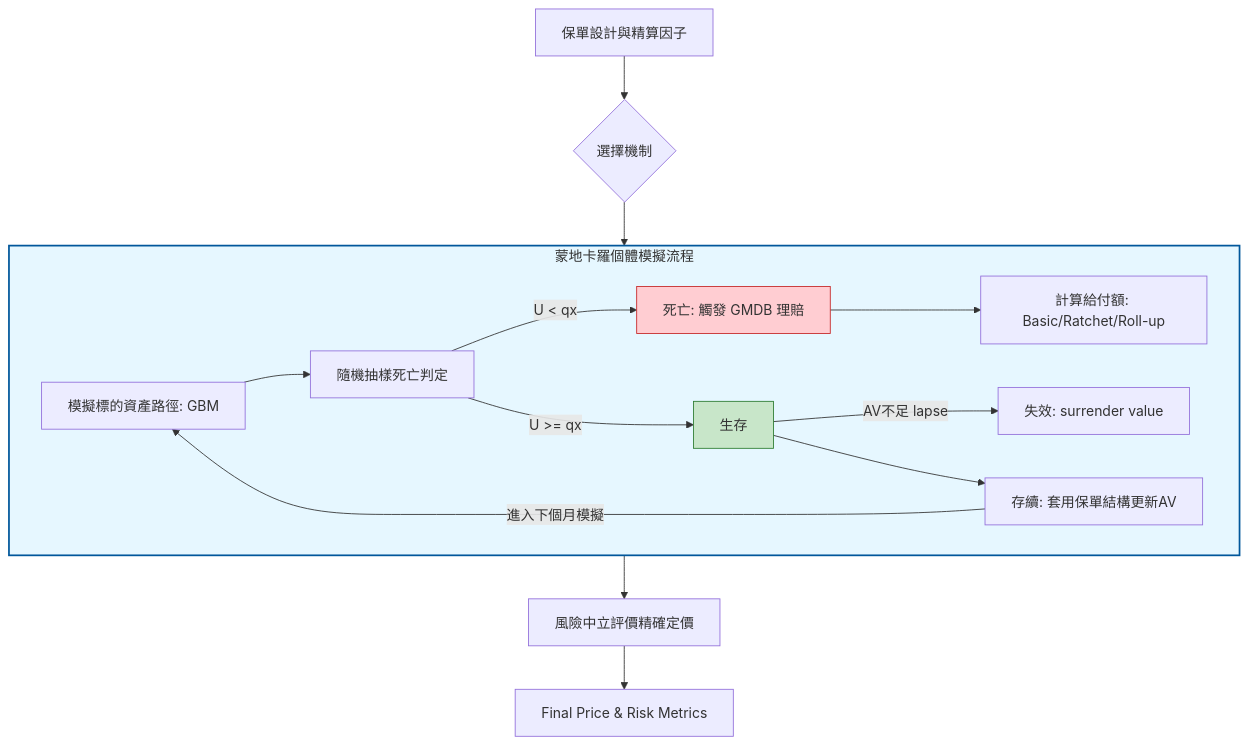
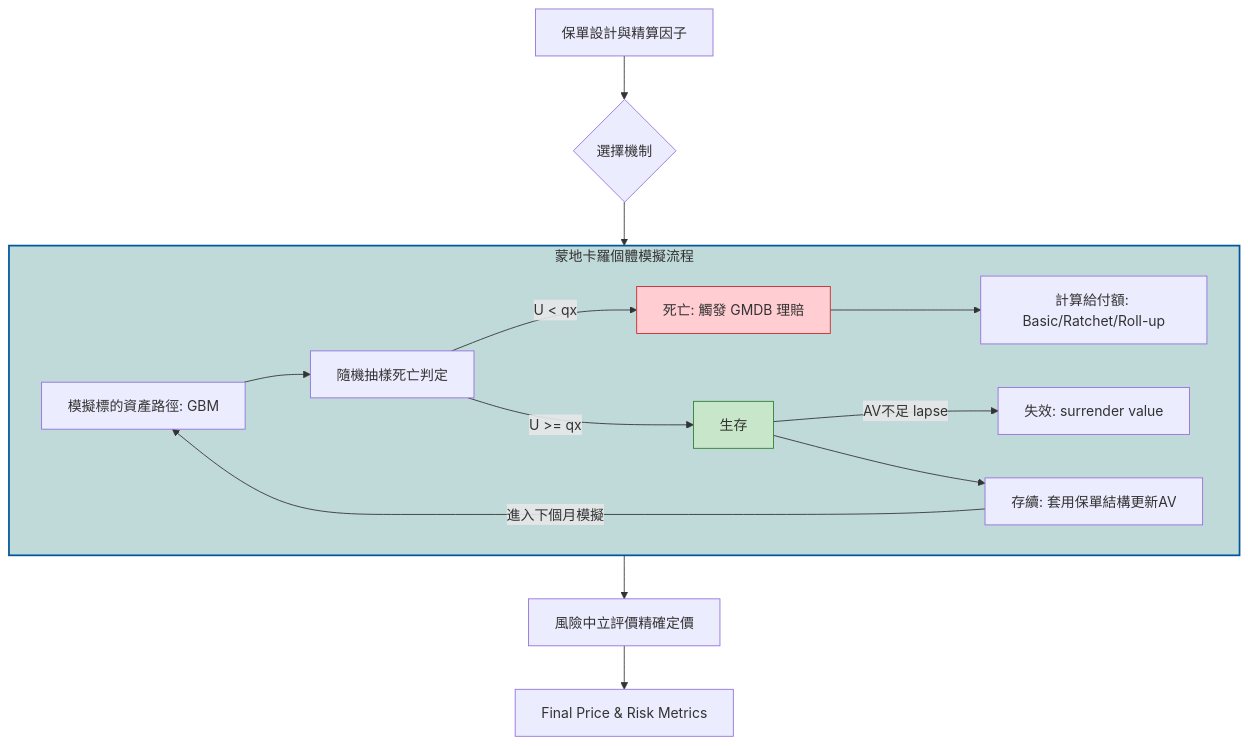
The diagram in README.md (Kai-Yun-Chang/--Simulation-Python), drawn with Mermaid before and after one commit.

````diff
--- a/README.md
+++ b/README.md
@@ -26,25 +26,25 @@
 ```mermaid
 graph TD
     %% 主流程
     Input[保單設計與精算因子] --> Mechanism{選擇機制}
     Mechanism --> Simulation[蒙地卡羅模擬流程]
     Simulation --> Risk-neutral[風險中立評價精確定價]
     Risk-neutral --> Result[Final Price & Risk Metrics]
 
     %% 蒙地卡羅詳細步驟 (子圖)
     subgraph Simulation [蒙地卡羅個體模擬流程]
         S1[模擬標的資產路徑: GBM] --> S2[隨機抽樣死亡判定]
         S2 -->|U < qx| Dead[死亡: 觸發 GMDB 理賠]
         S2 -->|U >= qx| Alive[生存]
         Alive --> |AV不足 lapse| Lapse[失效: surrender value]
         Alive --> S4[存續: 套用保單結構更新AV]
         Dead --> S3[計算給付額: Basic/Ratchet/Roll-up]
         
         S4 -->|進入下個月模擬| S1
     end
 
     style Dead fill:#ffcdd2,stroke:#c62828
     style Alive fill:#c8e6c9,stroke:#2e7d32
     %% 樣式設定
-    style Simulation fill:#e6f7ff,stroke:#01579b,stroke-width:2px
+    style Simulation fill:#c0d9d9,stroke:#01579b,stroke-width:2px
 ```
````
